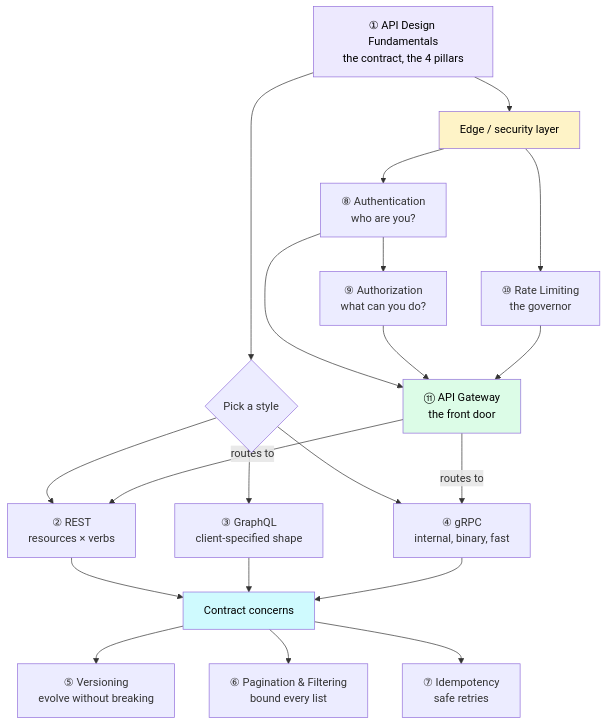
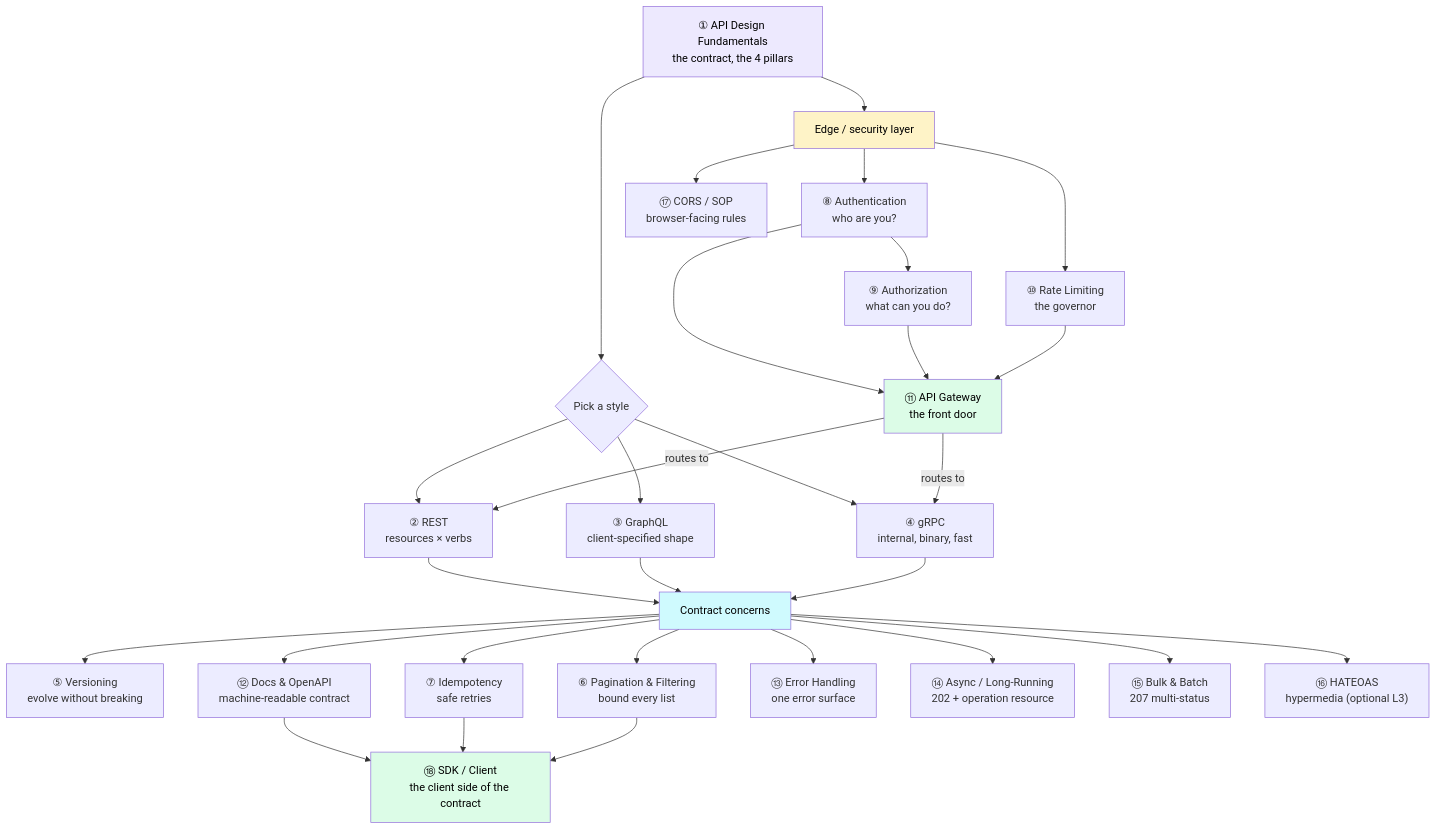
One commit to asishjagana/Interview-Prep-Dump changed the first of 2 diagrams in 02_API_Interface_Design/README.md. Above: the diagram before and after it, drawn with Mermaid. The commit also changed other lines of this file and 8 other files, not shown here.

Commit message:
Add comprehensive SDK & Client Design documentation

````diff
--- a/02_API_Interface_Design/README.md
+++ b/02_API_Interface_Design/README.md
@@ -19,29 +19,40 @@
 ```mermaid
 flowchart TD
     F["① API Design Fundamentals<br/>the contract, the 4 pillars"] --> STYLE{"Pick a style"}
     STYLE --> REST["② REST<br/>resources × verbs"]
     STYLE --> GQL["③ GraphQL<br/>client-specified shape"]
     STYLE --> GRPC["④ gRPC<br/>internal, binary, fast"]
 
     REST --> CONTRACT["Contract concerns"]
     GQL --> CONTRACT
     GRPC --> CONTRACT
     CONTRACT --> VER["⑤ Versioning<br/>evolve without breaking"]
     CONTRACT --> PAG["⑥ Pagination &amp; Filtering<br/>bound every list"]
     CONTRACT --> IDEM["⑦ Idempotency<br/>safe retries"]
+    CONTRACT --> DOC["⑫ Docs &amp; OpenAPI<br/>machine-readable contract"]
+    CONTRACT --> ERR["⑬ Error Handling<br/>one error surface"]
+    CONTRACT --> ASY["⑭ Async / Long-Running<br/>202 + operation resource"]
+    CONTRACT --> BAT["⑮ Bulk &amp; Batch<br/>207 multi-status"]
+    CONTRACT --> HM["⑯ HATEOAS<br/>hypermedia (optional L3)"]
 
     F --> EDGE["Edge / security layer"]
     EDGE --> AUTHN["⑧ Authentication<br/>who are you?"]
     AUTHN --> AUTHZ["⑨ Authorization<br/>what can you do?"]
     EDGE --> RL["⑩ Rate Limiting<br/>the governor"]
+    EDGE --> CORS["⑰ CORS / SOP<br/>browser-facing rules"]
     AUTHN --> GW["⑪ API Gateway<br/>the front door"]
     AUTHZ --> GW
     RL --> GW
     GW -->|routes to| REST
     GW -->|routes to| GRPC
 
+    DOC --> SDK["⑱ SDK / Client<br/>the client side of the contract"]
+    IDEM --> SDK
+    PAG --> SDK
+
     style F fill:#ede9fe,color:#000
     style CONTRACT fill:#cffafe,color:#000
     style EDGE fill:#fef3c7,color:#000
     style GW fill:#dcfce7,color:#000
+    style SDK fill:#dcfce7,color:#000
 ```
````
